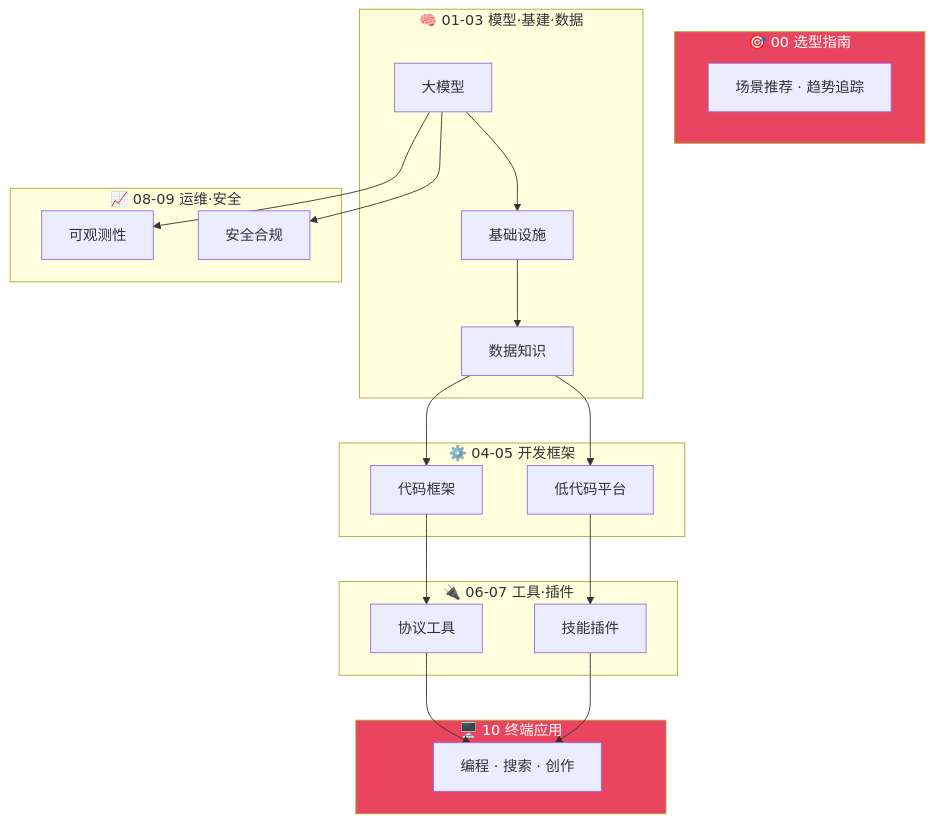
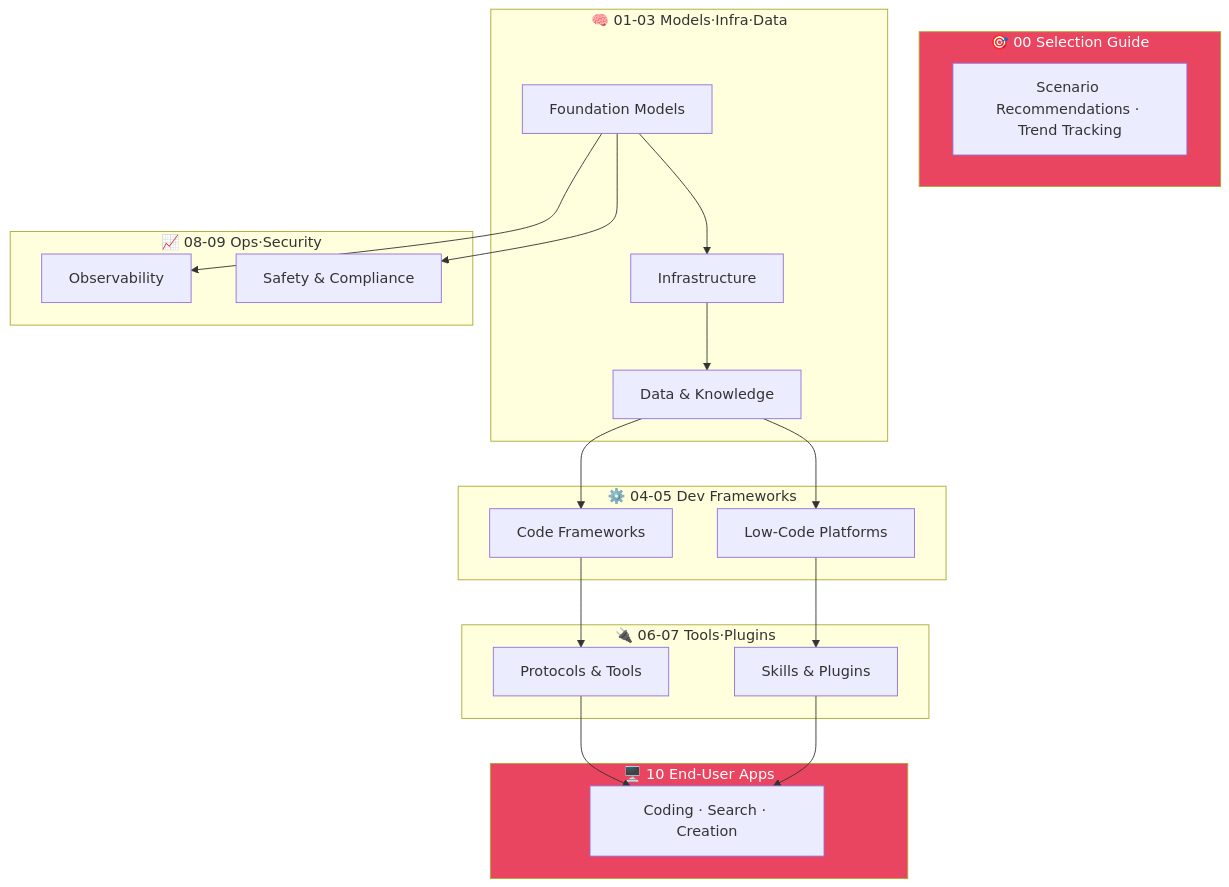
One commit to LuckyOneTwoThree/ai-landscape changed the diagram in README.md. Above: the diagram before and after it, drawn with Mermaid. The commit also changed other lines of this file and 1 other file, not shown here.

````diff
--- a/README.md
+++ b/README.md
@@ -51,29 +51,29 @@
 ```mermaid
 graph TD
-    subgraph L0["🎯 00 选型指南"]
-        T[场景推荐 · 趋势追踪]
+    subgraph L0["🎯 00 Selection Guide"]
+        T[Scenario Recommendations · Trend Tracking]
     end
-    subgraph L1["🧠 01-03 模型·基建·数据"]
-        M[大模型] --> I[基础设施]
-        I --> D[数据知识]
+    subgraph L1["🧠 01-03 Models·Infra·Data"]
+        M[Foundation Models] --> I[Infrastructure]
+        I --> D[Data & Knowledge]
     end
-    subgraph L45["⚙️ 04-05 开发框架"]
-        F[代码框架] & L[低代码平台]
+    subgraph L45["⚙️ 04-05 Dev Frameworks"]
+        F[Code Frameworks] & L[Low-Code Platforms]
     end
-    subgraph L67["🔌 06-07 工具·插件"]
-        P[协议工具] & S[技能插件]
+    subgraph L67["🔌 06-07 Tools·Plugins"]
+        P[Protocols & Tools] & S[Skills & Plugins]
     end
-    subgraph L89["📈 08-09 运维·安全"]
-        O[可观测性] & G[安全合规]
+    subgraph L89["📈 08-09 Ops·Security"]
+        O[Observability] & G[Safety & Compliance]
     end
-    subgraph LA["🖥️ 10 终端应用"]
-        A[编程 · 搜索 · 创作]
+    subgraph LA["🖥️ 10 End-User Apps"]
+        A[Coding · Search · Creation]
     end
     D --> F & L
     F --> P
     L --> S
     P & S --> A
     M --> O & G
     style L0 fill:#e94560,color:#fff
     style LA fill:#e94560,color:#fff
 ```
````
